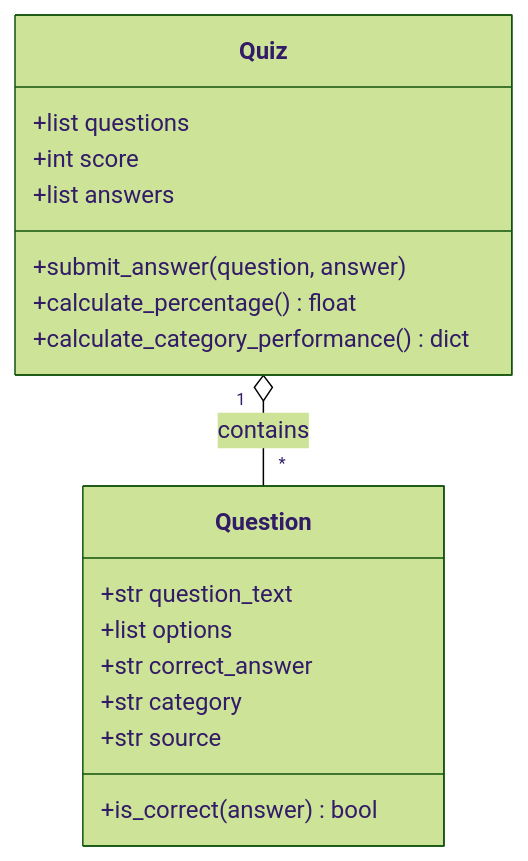
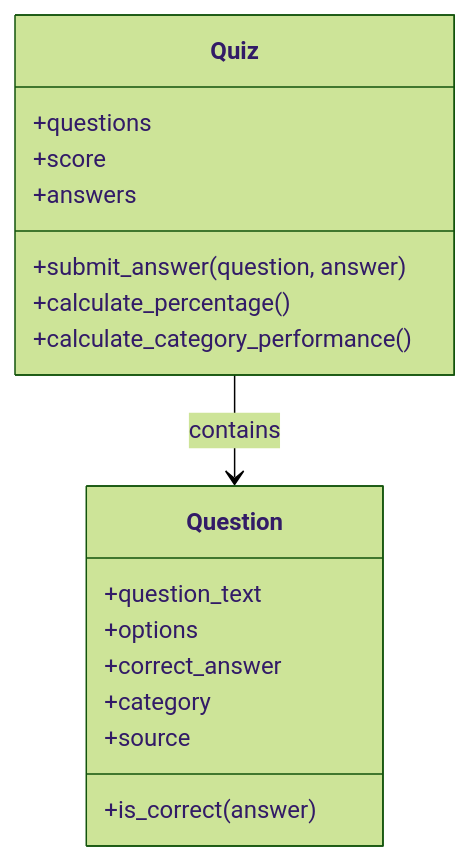
One commit to dt-nul/uk-generations-quiz changed the second of 3 diagrams in README.md. Above: the diagram before and after it, drawn with Mermaid (forest theme).

Commit message:
Fix Mermaid class diagram rendering

````diff
--- a/README.md
+++ b/README.md
@@ -102,22 +102,22 @@
 ```mermaid
 classDiagram
     class Question {
-        +str question_text
-        +list options
-        +str correct_answer
-        +str category
-        +str source
-        +is_correct(answer) bool
+        +question_text
+        +options
+        +correct_answer
+        +category
+        +source
+        +is_correct(answer)
     }
 
     class Quiz {
-        +list questions
-        +int score
-        +list answers
+        +questions
+        +score
+        +answers
         +submit_answer(question, answer)
-        +calculate_percentage() float
-        +calculate_category_performance() dict
+        +calculate_percentage()
+        +calculate_category_performance()
     }
 
-    Quiz "1" o-- "*" Question : contains
+    Quiz --> Question : contains
 ```
````
